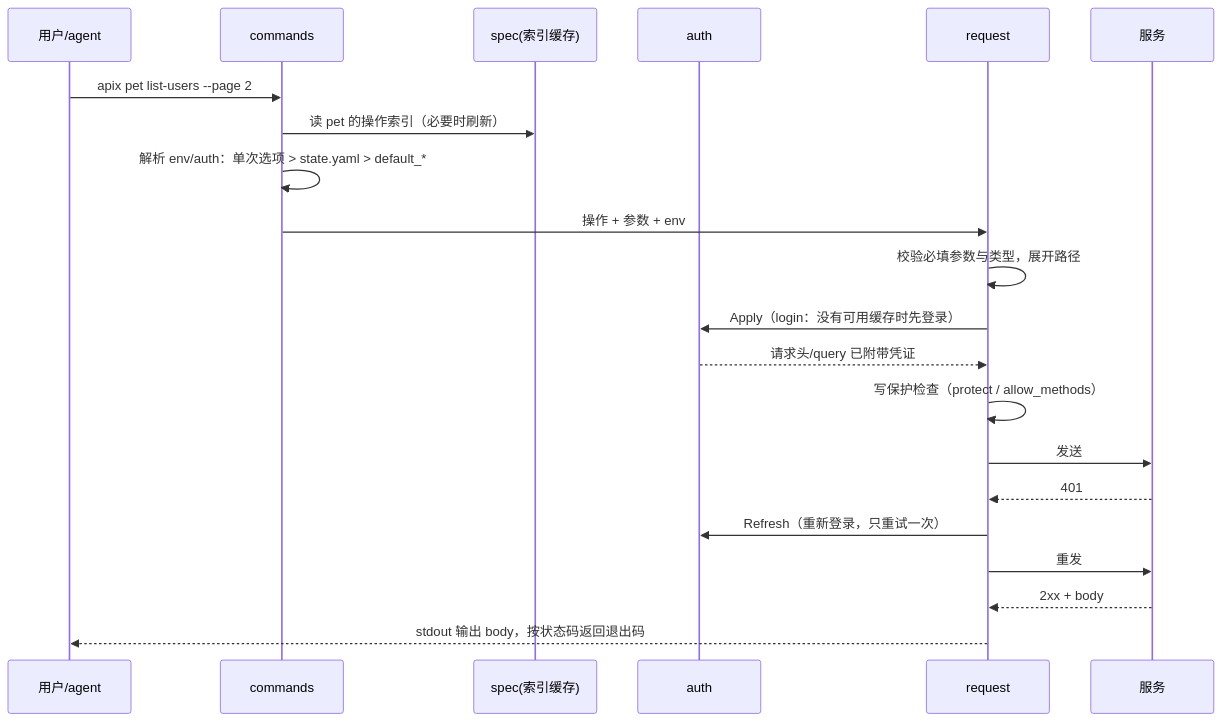
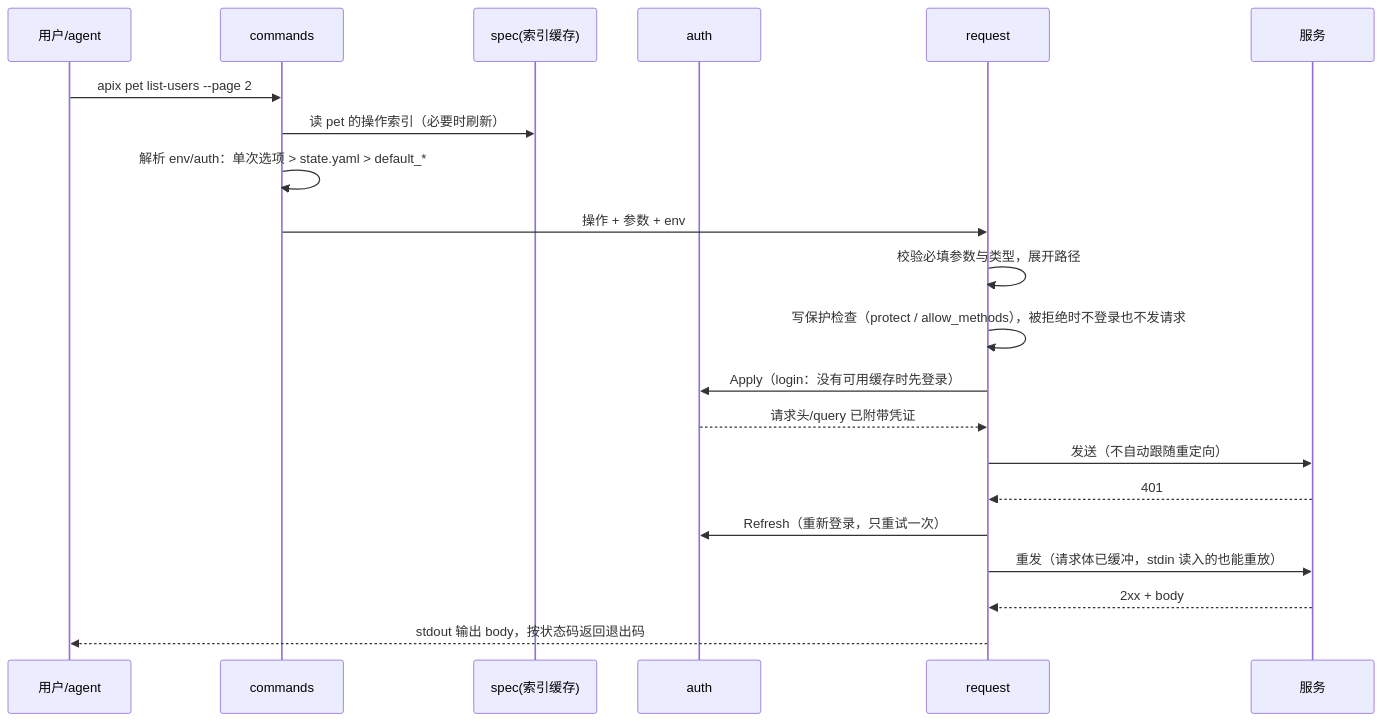
The diagram in docs/design/apix-design.md (inhere/apic), drawn with Mermaid before and after one commit. The commit also changed other lines of this file, not shown here.

````diff
--- a/docs/design/apix-design.md
+++ b/docs/design/apix-design.md
@@ -283,23 +331,23 @@
 ```mermaid
 sequenceDiagram
     participant U as 用户/agent
     participant C as commands
     participant S as spec(索引缓存)
     participant A as auth
     participant R as request
     participant API as 服务
     U->>C: apix pet list-users --page 2
     C->>S: 读 pet 的操作索引（必要时刷新）
     C->>C: 解析 env/auth：单次选项 > state.yaml > default_*
     C->>R: 操作 + 参数 + env
     R->>R: 校验必填参数与类型，展开路径
+    R->>R: 写保护检查（protect / allow_methods），被拒绝时不登录也不发请求
     R->>A: Apply（login：没有可用缓存时先登录）
     A-->>R: 请求头/query 已附带凭证
-    R->>R: 写保护检查（protect / allow_methods）
-    R->>API: 发送
+    R->>API: 发送（不自动跟随重定向）
     API-->>R: 401
     R->>A: Refresh（重新登录，只重试一次）
-    R->>API: 重发
+    R->>API: 重发（请求体已缓冲，stdin 读入的也能重放）
     API-->>R: 2xx + body
     R-->>U: stdout 输出 body，按状态码返回退出码
 ```
````
